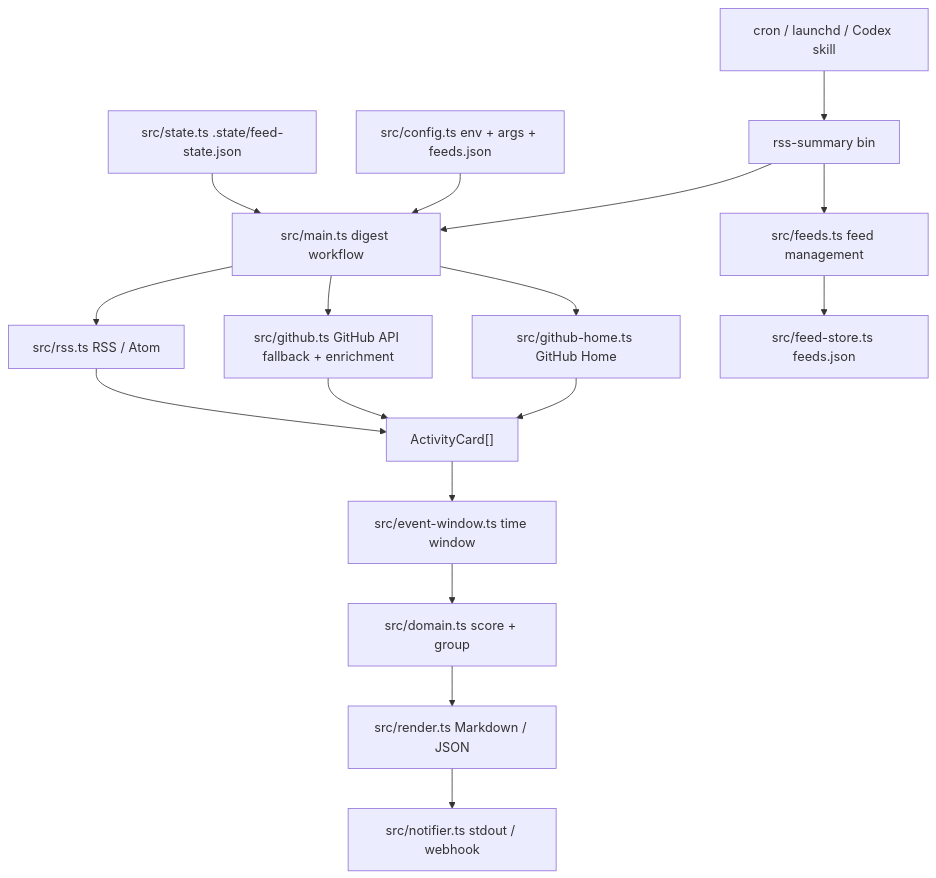
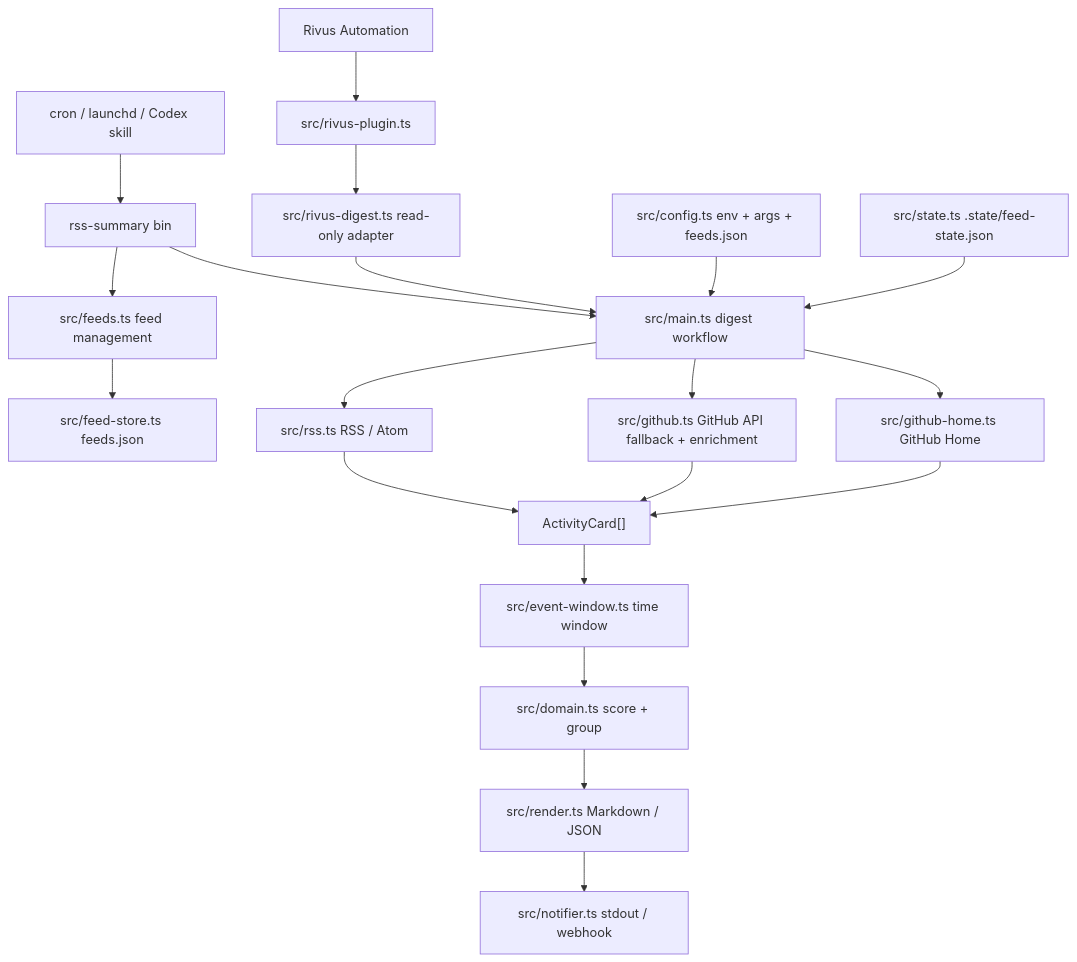
Before and after one commit to PerfectPan/rss-summary: the diagram in docs/architecture.md, drawn with Mermaid. The commit also changed other lines of this file and 16 other files, not shown here.

First line of the commit message:
feat: expose a Rivus digest plugin (#10)

````diff
--- a/docs/architecture.md
+++ b/docs/architecture.md
@@ -9,23 +9,26 @@
 ```mermaid
 flowchart TD
   Trigger["cron / launchd / Codex skill"] --> CLI["rss-summary bin"]
+  RivusSchedule["Rivus Automation"] --> Plugin["src/rivus-plugin.ts"]
+  Plugin --> Adapter["src/rivus-digest.ts read-only adapter"]
+  Adapter --> Digest
   CLI --> Digest["src/main.ts digest workflow"]
   CLI --> FeedsCommand["src/feeds.ts feed management"]
 
   Config["src/config.ts env + args + feeds.json"] --> Digest
   Digest --> GitHubHome["src/github-home.ts GitHub Home"]
   Digest --> GitHub["src/github.ts GitHub API fallback + enrichment"]
   Digest --> RSS["src/rss.ts RSS / Atom"]
 
   GitHubHome --> Cards["ActivityCard[]"]
   GitHub --> Cards
   RSS --> Cards
   Cards --> Window["src/event-window.ts time window"]
   Window --> Domain["src/domain.ts score + group"]
 
   State["src/state.ts .state/feed-state.json"] --> Digest
   Domain --> Render["src/render.ts Markdown / JSON"]
   Render --> Notify["src/notifier.ts stdout / webhook"]
 
   FeedsCommand --> FeedStore["src/feed-store.ts feeds.json"]
 ```
````
